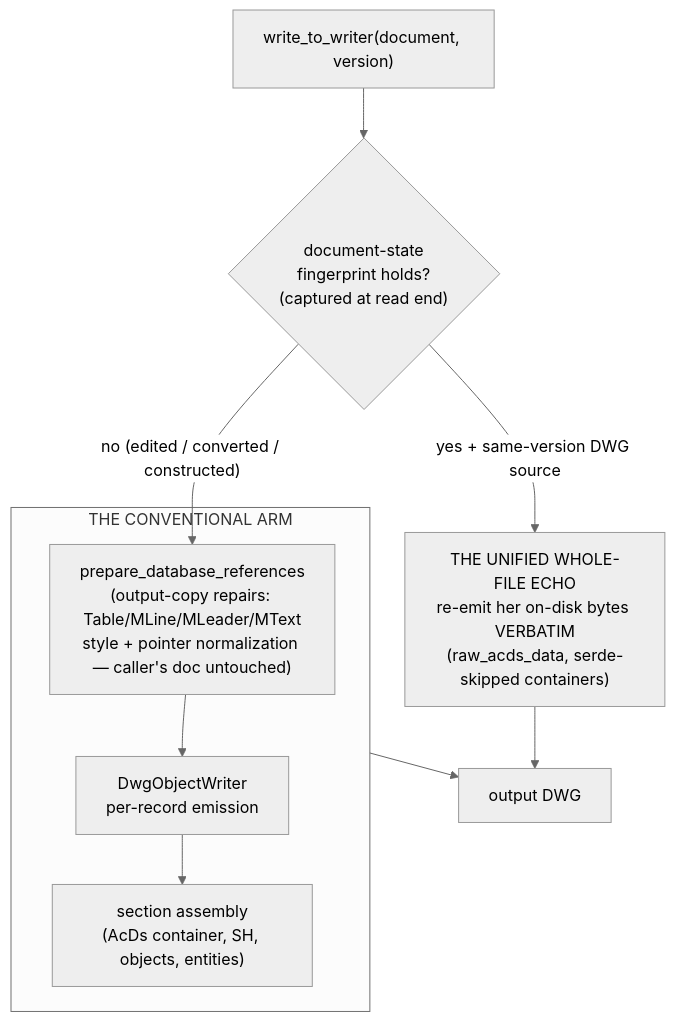
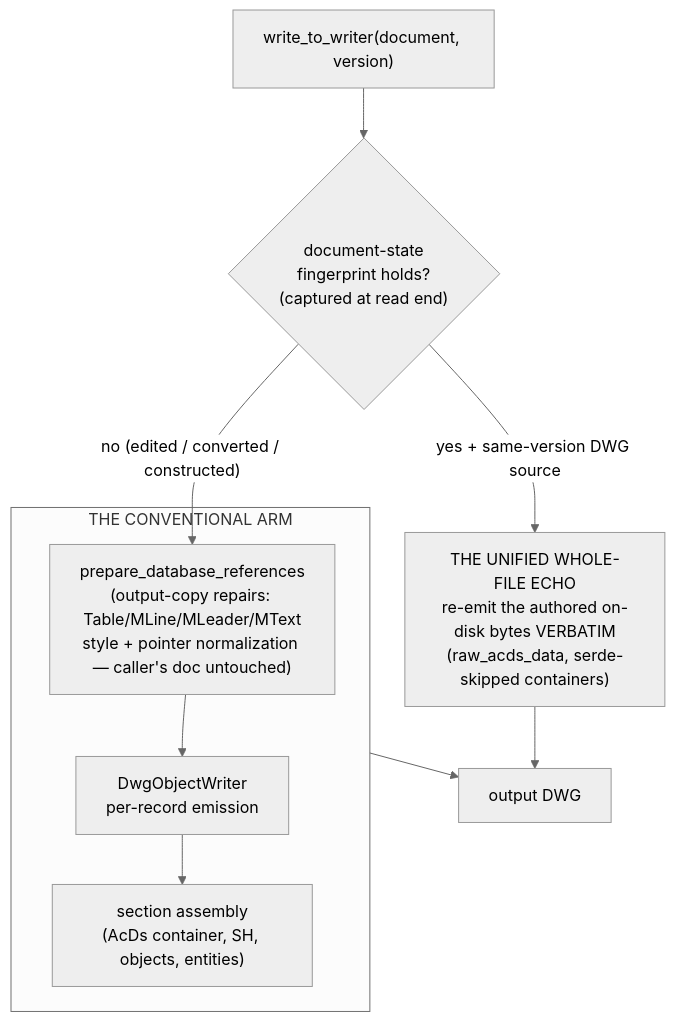
Before and after one commit to HakanSeven12/opencadcodec: the fifth of 10 diagrams in tests/gold_harness/ARCHITECTURE.md, drawn with Mermaid (neutral theme). The commit also changed other lines of this file and 5 other files, not shown here.

First line of the commit message:
docs(harness): rank the AutoCAD census as the acceptance oracle — architecture redesign

````diff
--- a/tests/gold_harness/ARCHITECTURE.md
+++ b/tests/gold_harness/ARCHITECTURE.md
@@ -118,12 +170,12 @@
 ```mermaid
 flowchart TD
     W["write_to_writer(document, version)"] --> FP{"document-state<br/>fingerprint holds?<br/>(captured at read end)"}
-    FP -->|"yes + same-version DWG source"| ECHO["THE UNIFIED WHOLE-FILE ECHO<br/>re-emit her on-disk bytes VERBATIM<br/>(raw_acds_data, serde-skipped containers)"]
+    FP -->|"yes + same-version DWG source"| ECHO["THE UNIFIED WHOLE-FILE ECHO<br/>re-emit the authored on-disk bytes VERBATIM<br/>(raw_acds_data, serde-skipped containers)"]
     FP -->|"no (edited / converted / constructed)"| PRE
     subgraph CONV["THE CONVENTIONAL ARM"]
         PRE["prepare_database_references<br/>(output-copy repairs: Table/MLine/MLeader/MText<br/>style + pointer normalization — caller's doc untouched)"] --> OBJ["DwgObjectWriter<br/>per-record emission"]
         OBJ --> SEC["section assembly<br/>(AcDs container, SH, objects, entities)"]
     end
     ECHO --> OUT["output DWG"]
     CONV --> OUT
 ```
````
